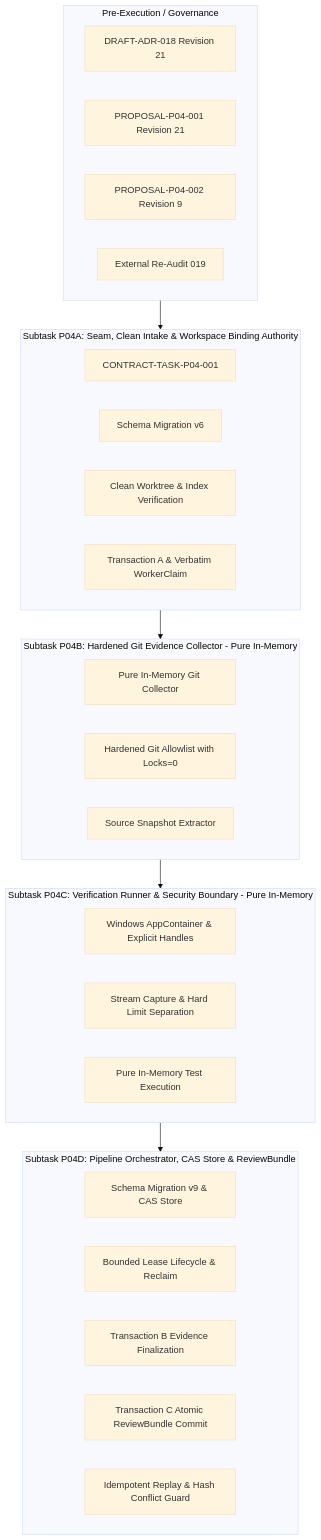
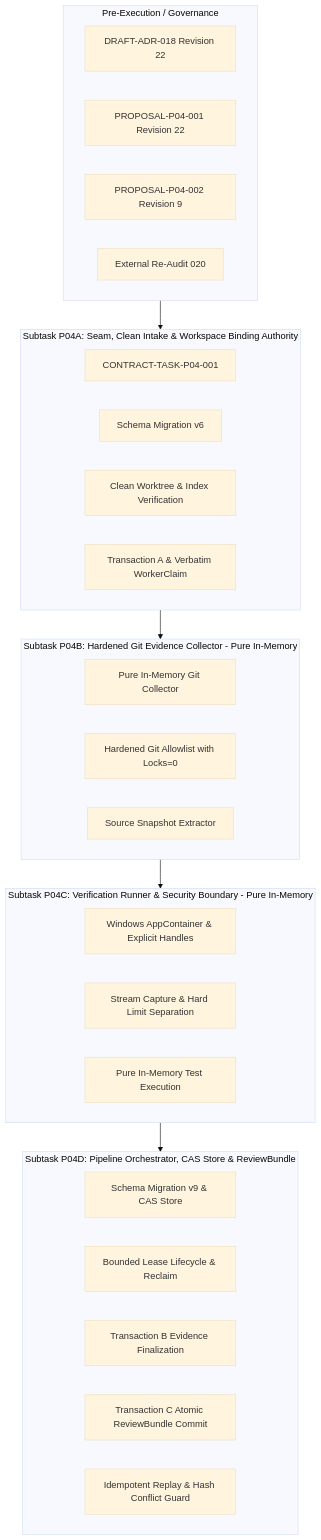
One commit to trungqwe/ai-supervisor changed the diagram in docs/plans/PLAN-P04-EVIDENCE-REVIEW.md. Above: the diagram before and after it, drawn with Mermaid (base theme). The commit also changed other lines of this file and 5 other files, not shown here.

Commit message:
docs(p04): remediate architecture findings R21-001, R21-002, and R21-003 (Revision 22)

````diff
--- a/docs/plans/PLAN-P04-EVIDENCE-REVIEW.md
+++ b/docs/plans/PLAN-P04-EVIDENCE-REVIEW.md
@@ -23,41 +23,41 @@
 ```mermaid
 flowchart TD
     subgraph PreExecution [Pre-Execution / Governance]
-        ADR18[DRAFT-ADR-018 Revision 21]
-        PROP1[PROPOSAL-P04-001 Revision 21]
+        ADR18[DRAFT-ADR-018 Revision 22]
+        PROP1[PROPOSAL-P04-001 Revision 22]
         PROP2[PROPOSAL-P04-002 Revision 9]
-        Audit019[External Re-Audit 019]
+        Audit020[External Re-Audit 020]
     end
 
     subgraph P04A [Subtask P04A: Seam, Clean Intake & Workspace Binding Authority]
         P04A_Contract[CONTRACT-TASK-P04-001]
         P04A_Mig[Schema Migration v6]
         P04A_Clean[Clean Worktree & Index Verification]
         P04A_Intake[Transaction A & Verbatim WorkerClaim]
     end
 
     subgraph P04B [Subtask P04B: Hardened Git Evidence Collector - Pure In-Memory]
         P04B_Collector[Pure In-Memory Git Collector]
         P04B_Allowlist[Hardened Git Allowlist with Locks=0]
         P04B_Snapshot[Source Snapshot Extractor]
     end
 
     subgraph P04C [Subtask P04C: Verification Runner & Security Boundary - Pure In-Memory]
         P04C_Sandbox[Windows AppContainer & Explicit Handles]
         P04C_Stream[Stream Capture & Hard Limit Separation]
         P04C_Execution[Pure In-Memory Test Execution]
     end
 
     subgraph P04D [Subtask P04D: Pipeline Orchestrator, CAS Store & ReviewBundle]
         P04D_Mig[Schema Migration v9 & CAS Store]
         P04D_Lease[Bounded Lease Lifecycle & Reclaim]
         P04D_TxB[Transaction B Evidence Finalization]
         P04D_TxC[Transaction C Atomic ReviewBundle Commit]
         P04D_Replay[Idempotent Replay & Hash Conflict Guard]
     end
 
     PreExecution --> P04A
     P04A --> P04B
     P04B --> P04C
     P04C --> P04D
 ```
````
